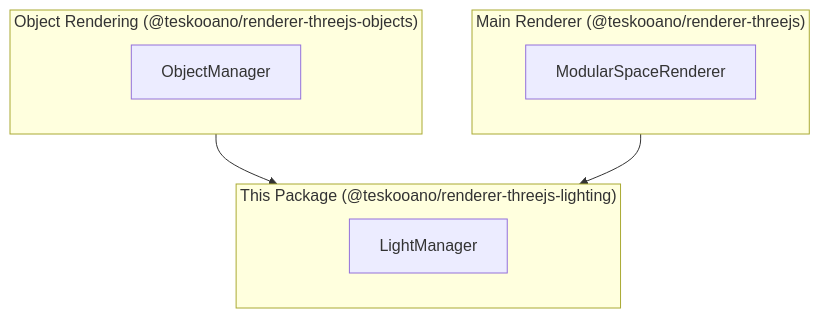
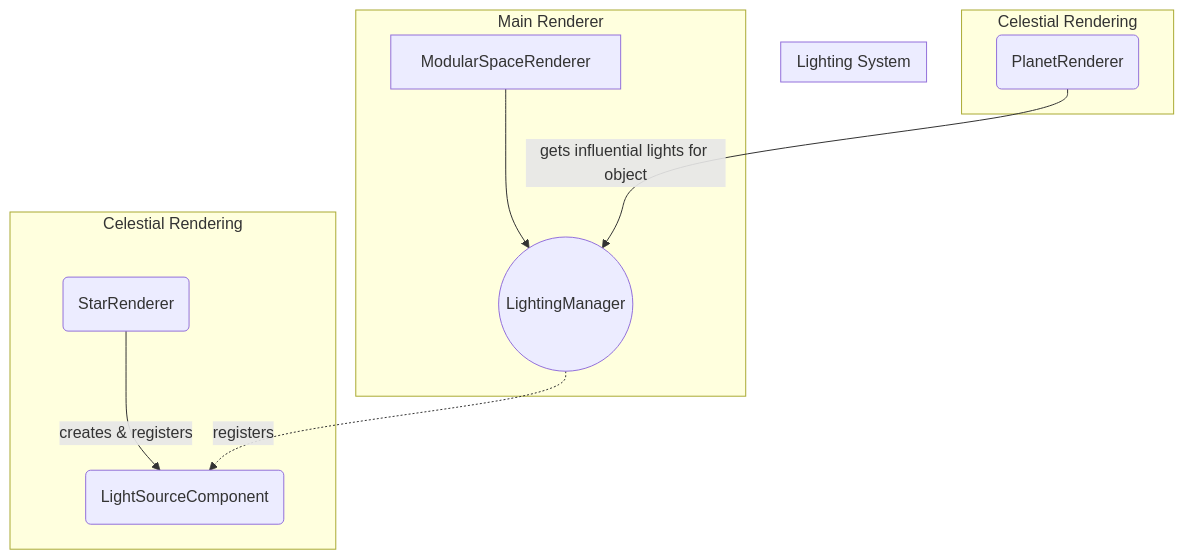
The diagram in packages/renderer/threejs-lighting/ARCHITECTURE.md (tanepiper/teskooano), drawn with Mermaid before and after one commit. The commit also changed other lines of this file and 15 other files, not shown here.

Commit message:
engine; celestial low detail lod lighting

````diff
--- a/packages/renderer/threejs-lighting/ARCHITECTURE.md
+++ b/packages/renderer/threejs-lighting/ARCHITECTURE.md
@@ -19,20 +21,18 @@
 ```mermaid
 graph TD
-    subgraph "Main Renderer (@teskooano/renderer-threejs)"
-        direction LR
-        A[ModularSpaceRenderer]
+    subgraph "Main Renderer"
+        A[ModularSpaceRenderer] --> B((LightingManager))
     end
 
-    subgraph "This Package (@teskooano/renderer-threejs-lighting)"
-        direction LR
-        B[LightManager]
+    subgraph "Celestial Rendering"
+        C(StarRenderer) -- creates & registers --> D(LightSourceComponent)
     end
 
-    subgraph "Object Rendering (@teskooano/renderer-threejs-objects)"
-        direction LR
-        C[ObjectManager]
+    subgraph "Lighting System"
+       B -. registers .-> D
     end
 
-    A --> B
-    C --> B
+    subgraph "Celestial Rendering"
+        E(PlanetRenderer) -- "gets influential lights for object" --> B
+    end
 ```
````
